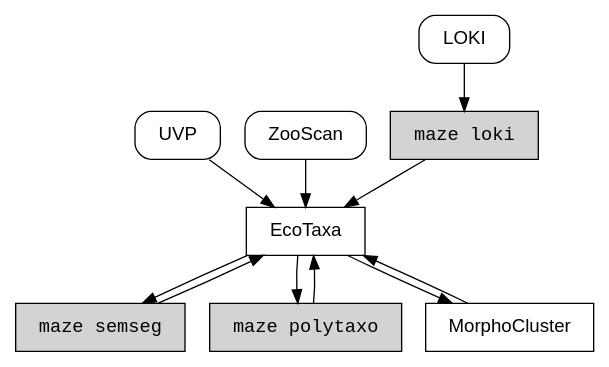
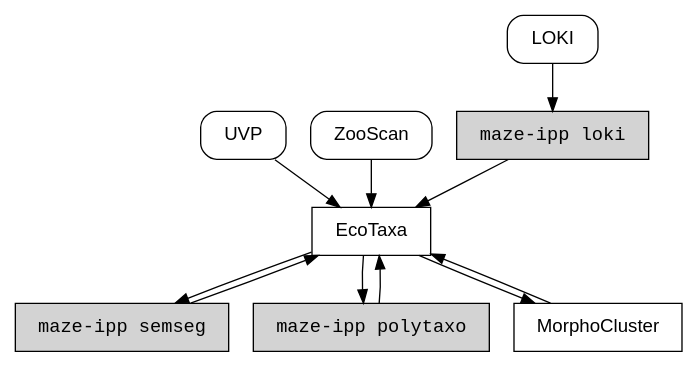
One commit to MOSAiC-Zooplankton-Image-Analyses/maze_image_processing_pipeline changed the diagram in docs/flowchart.dot. Above: the diagram before and after it, drawn with Graphviz. The commit also changed 29 other files, not shown here.

```diff
--- a/docs/flowchart.dot
+++ b/docs/flowchart.dot
@@ -1,21 +1,21 @@
 digraph mygraph {
   fontname="Helvetica,Arial,sans-serif"
   node [shape=box margin="0.25,0"];
   edge [fontname="Helvetica,Arial,sans-serif"]
 
   node [fontname="monospace" style="filled"]
-  "maze loki"
-  "maze semseg"
-  "maze polytaxo"
+  "maze-ipp loki"
+  "maze-ipp semseg"
+  "maze-ipp polytaxo"
 
   node [fontname="Helvetica,Arial,sans-serif" style=""]
 
-  "EcoTaxa" -> "MorphoCluster" -> "EcoTaxa" -> "maze semseg" -> "EcoTaxa";
-  "EcoTaxa" -> "maze polytaxo" -> "EcoTaxa";
+  "EcoTaxa" -> "MorphoCluster" -> "EcoTaxa" -> "maze-ipp semseg" -> "EcoTaxa";
+  "EcoTaxa" -> "maze-ipp polytaxo" -> "EcoTaxa";
 
 
   node [style="rounded"];
-  "LOKI" -> "maze loki" -> "EcoTaxa";
+  "LOKI" -> "maze-ipp loki" -> "EcoTaxa";
   "UVP" -> "EcoTaxa";
   "ZooScan" -> "EcoTaxa";
 }
```
